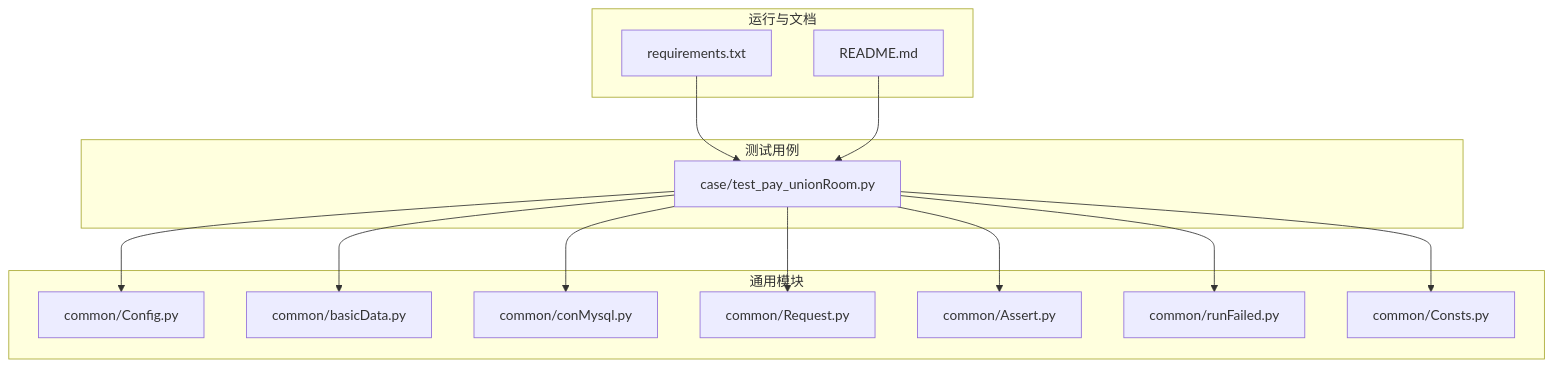
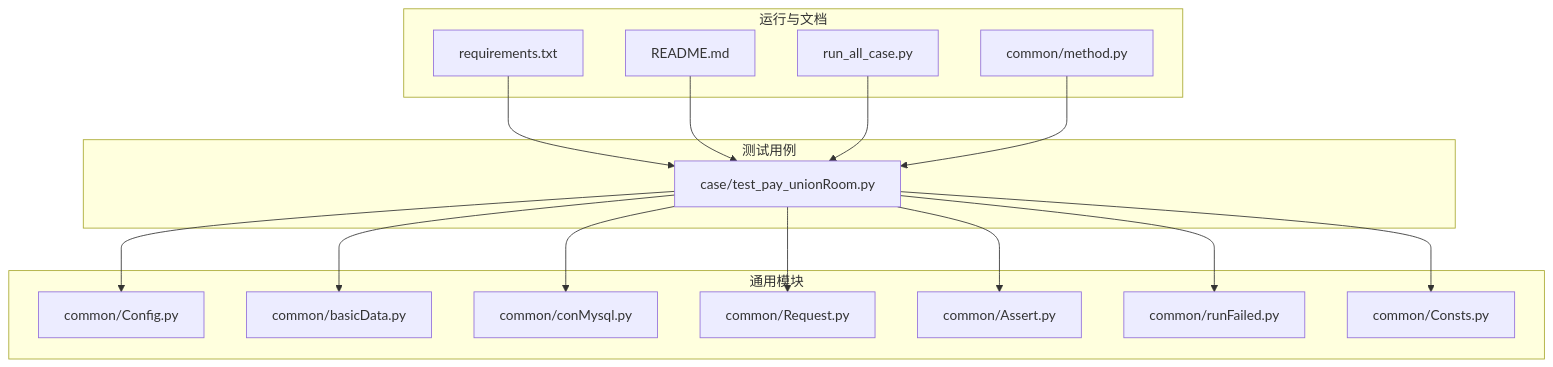
The first of 4 diagrams in .qoder/repowiki/zh/content/支付测试用例/房间支付测试/联盟房支付测试.md (liximing1-ola/qa-payTest), drawn with Mermaid before and after one commit. The commit also changed other lines of this file and 103 other files, not shown here.

````diff
--- a/.qoder/repowiki/zh/content/支付测试用例/房间支付测试/联盟房支付测试.md
+++ b/.qoder/repowiki/zh/content/支付测试用例/房间支付测试/联盟房支付测试.md
@@ -47,28 +58,32 @@
 ```mermaid
 graph TB
 subgraph "测试用例"
 T1["case/test_pay_unionRoom.py"]
 end
 subgraph "通用模块"
 C1["common/Config.py"]
 C2["common/basicData.py"]
 C3["common/conMysql.py"]
 C4["common/Request.py"]
 C5["common/Assert.py"]
 C6["common/runFailed.py"]
 C7["common/Consts.py"]
 end
 subgraph "运行与文档"
 R1["requirements.txt"]
 R2["README.md"]
+R3["run_all_case.py"]
+R4["common/method.py"]
 end
 T1 --> C1
 T1 --> C2
 T1 --> C3
 T1 --> C4
 T1 --> C5
 T1 --> C6
 T1 --> C7
 R1 --> T1
 R2 --> T1
+R3 --> T1
+R4 --> T1
 ```
````
